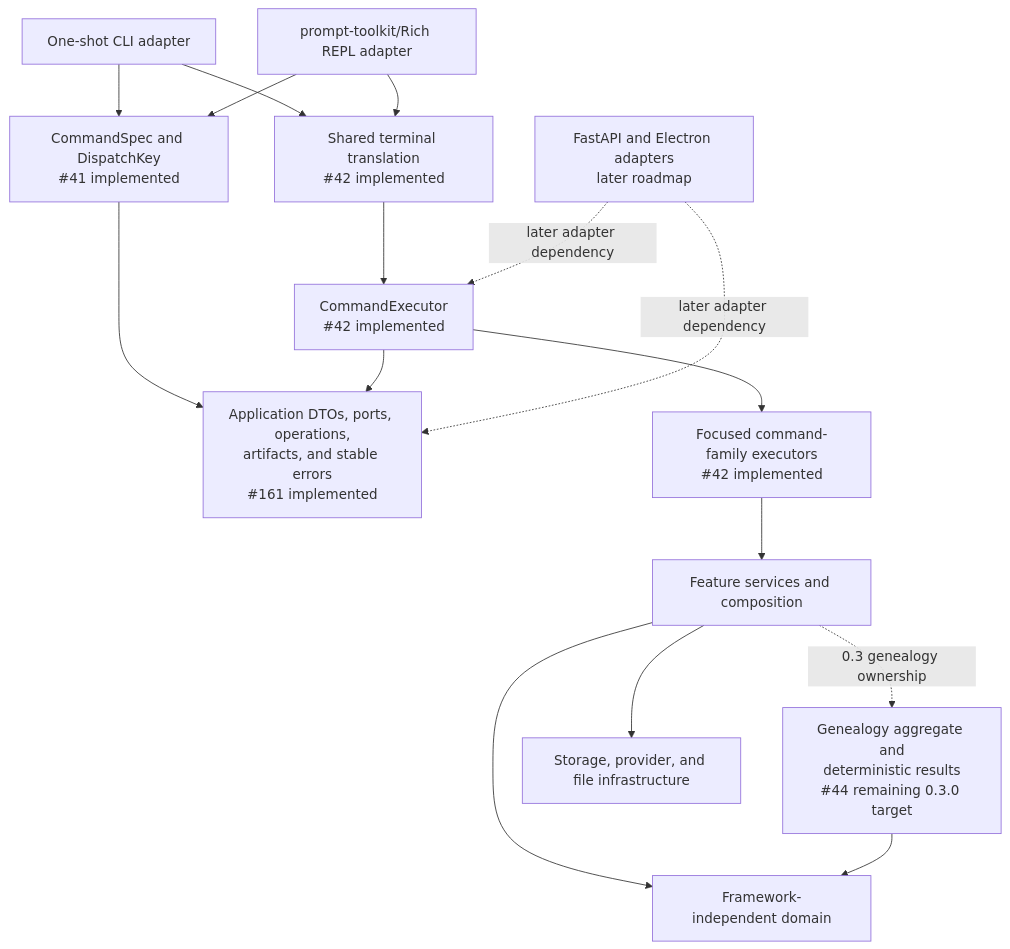
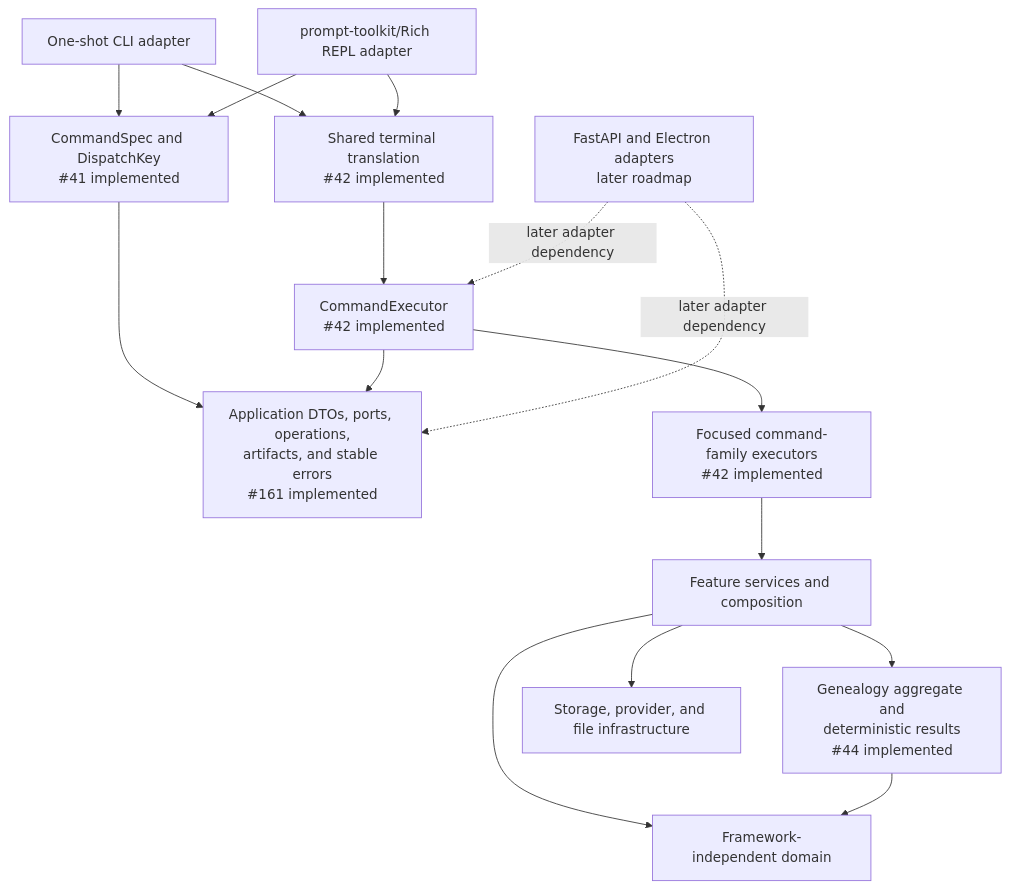
The diagram in docs/ARCHITECTURE_CONTRACTS.md (sodejm/AncestryLLM), drawn with Mermaid before and after one commit. The commit also changed other lines of this file and 22 other files, not shown here.

Commit message:
feat: establish genealogy aggregate contracts (#44)

````diff
--- a/docs/ARCHITECTURE_CONTRACTS.md
+++ b/docs/ARCHITECTURE_CONTRACTS.md
@@ -24,31 +24,31 @@
 ```mermaid
 flowchart TB
     CLI["One-shot CLI adapter"]
     REPL["prompt-toolkit/Rich REPL adapter"]
     Specs["CommandSpec and DispatchKey\n#41 implemented"]
     Contracts["Application DTOs, ports, operations,\nartifacts, and stable errors\n#161 implemented"]
     Terminal["Shared terminal translation\n#42 implemented"]
     Executor["CommandExecutor\n#42 implemented"]
     Handlers["Focused command-family executors\n#42 implemented"]
     Services["Feature services and composition"]
-    Aggregate["Genealogy aggregate and\ndeterministic results\n#44 remaining 0.3.0 target"]
+    Aggregate["Genealogy aggregate and\ndeterministic results\n#44 implemented"]
     Domain["Framework-independent domain"]
     Infra["Storage, provider, and file infrastructure"]
     Future["FastAPI and Electron adapters\nlater roadmap"]
 
     CLI --> Specs
     REPL --> Specs
     Specs --> Contracts
     CLI --> Terminal
     REPL --> Terminal
     Terminal --> Executor
     Executor --> Handlers
     Handlers --> Services
     Executor --> Contracts
     Services --> Domain
     Services --> Infra
-    Services -. "0.3 genealogy ownership" .-> Aggregate
+    Services --> Aggregate
     Aggregate --> Domain
     Future -. "later adapter dependency" .-> Contracts
     Future -. "later adapter dependency" .-> Executor
 ```
````
